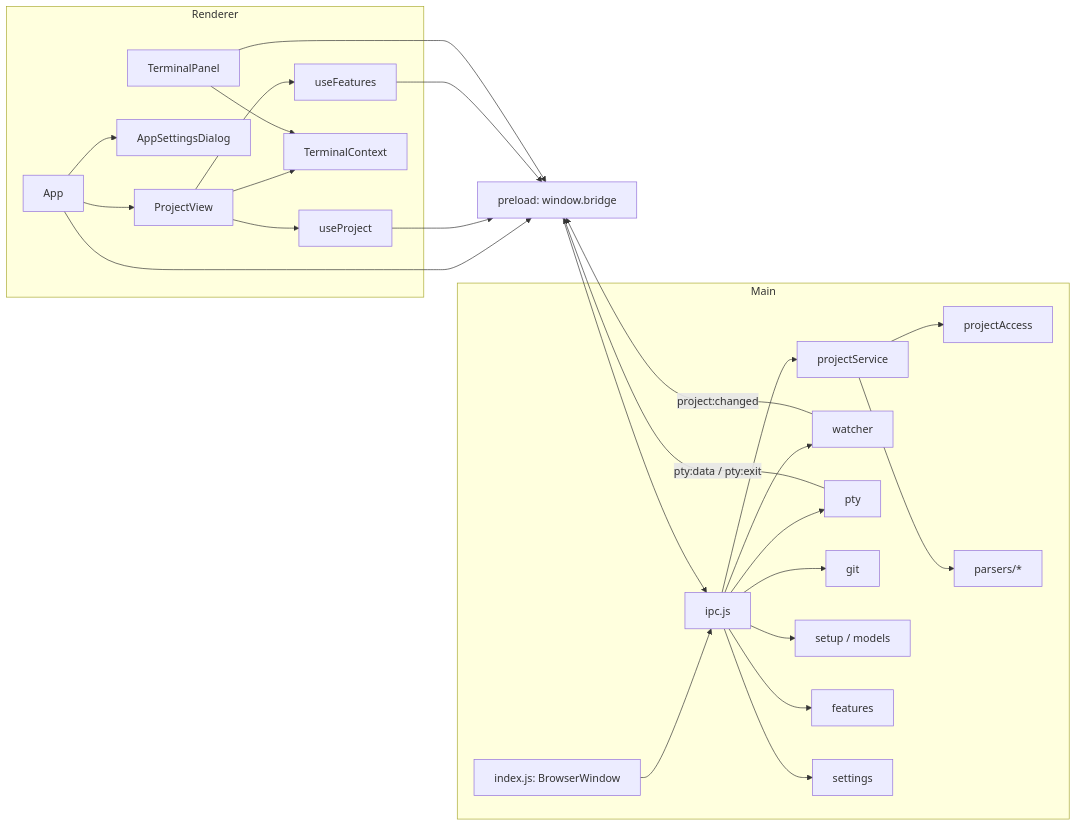
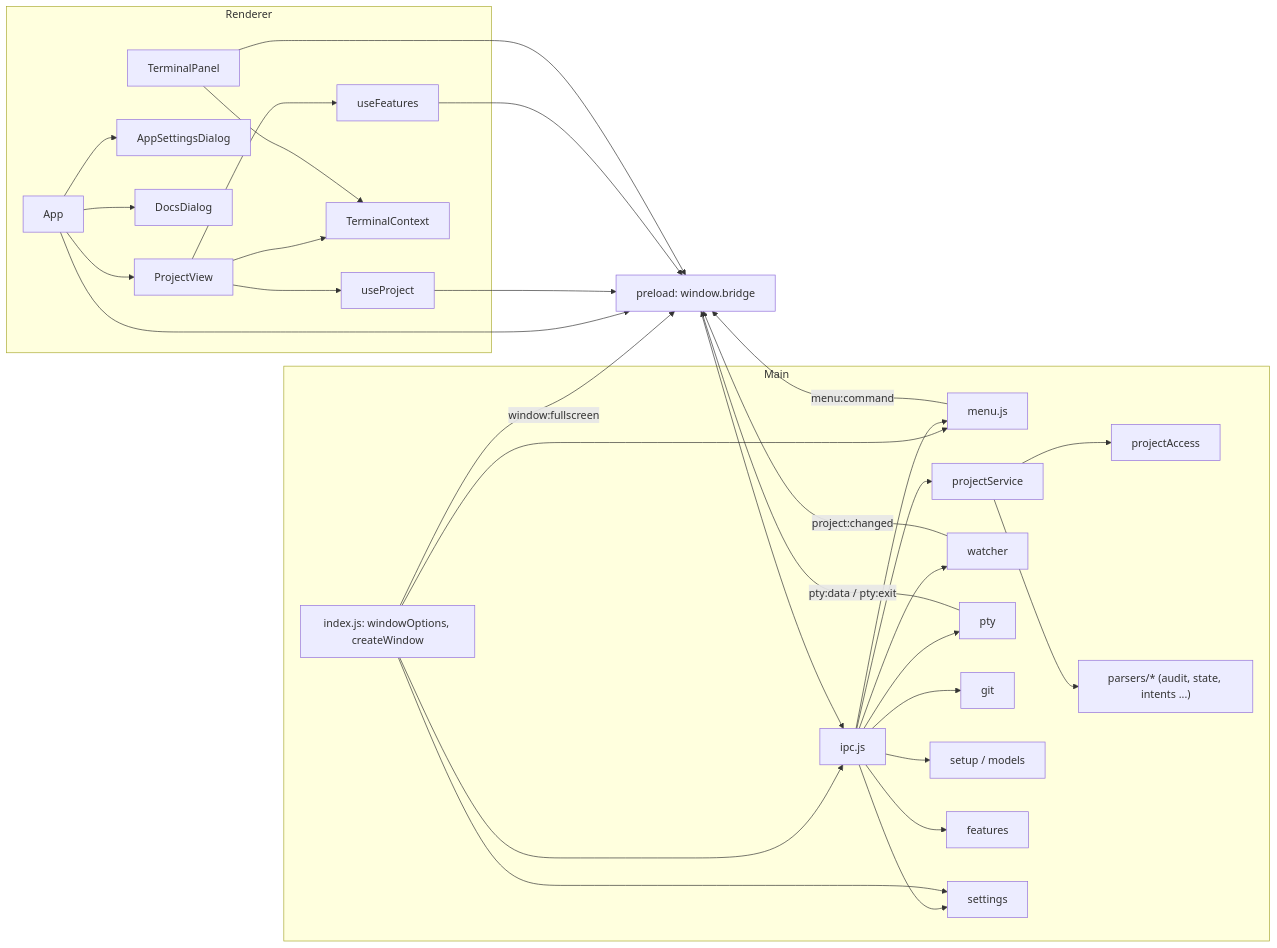
Before and after one commit to tochman/ai-dlc-thadeus: the second of 6 diagrams in aidlc/spaces/default/codekb/aidlc-dash/architecture.md, drawn with Mermaid. The commit also changed other lines of this file and 48 other files, not shown here.

````diff
--- a/aidlc/spaces/default/codekb/aidlc-dash/architecture.md
+++ b/aidlc/spaces/default/codekb/aidlc-dash/architecture.md
@@ -43,31 +46,37 @@
 ```mermaid
 flowchart LR
   subgraph Renderer
     App --> ProjectView
     App --> AppSettingsDialog
+    App --> DocsDialog
     ProjectView --> useProject
     ProjectView --> useFeatures
     ProjectView --> TerminalContext
     TerminalPanel --> TerminalContext
   end
   Preload["preload: window.bridge"]
   subgraph MainProc["Main"]
-    Entry["index.js: BrowserWindow"] --> IPC["ipc.js"]
+    Entry["index.js: windowOptions, createWindow"] --> IPC["ipc.js"]
+    Entry --> Menu["menu.js"]
+    IPC --> Menu
     IPC --> PS["projectService"]
     IPC --> W["watcher"]
     IPC --> PTY["pty"]
     IPC --> G["git"]
     IPC --> S["setup / models"]
     IPC --> F["features"]
     IPC --> ST["settings"]
+    Entry --> ST
     PS --> PA["projectAccess"]
-    PS --> P["parsers/*"]
+    PS --> P["parsers/* (audit, state, intents ...)"]
   end
   App --> Preload
   useProject --> Preload
   useFeatures --> Preload
   TerminalPanel --> Preload
   Preload --> IPC
   W -- "project:changed" --> Preload
   PTY -- "pty:data / pty:exit" --> Preload
+  Menu -- "menu:command" --> Preload
+  Entry -- "window:fullscreen" --> Preload
 ```
````
